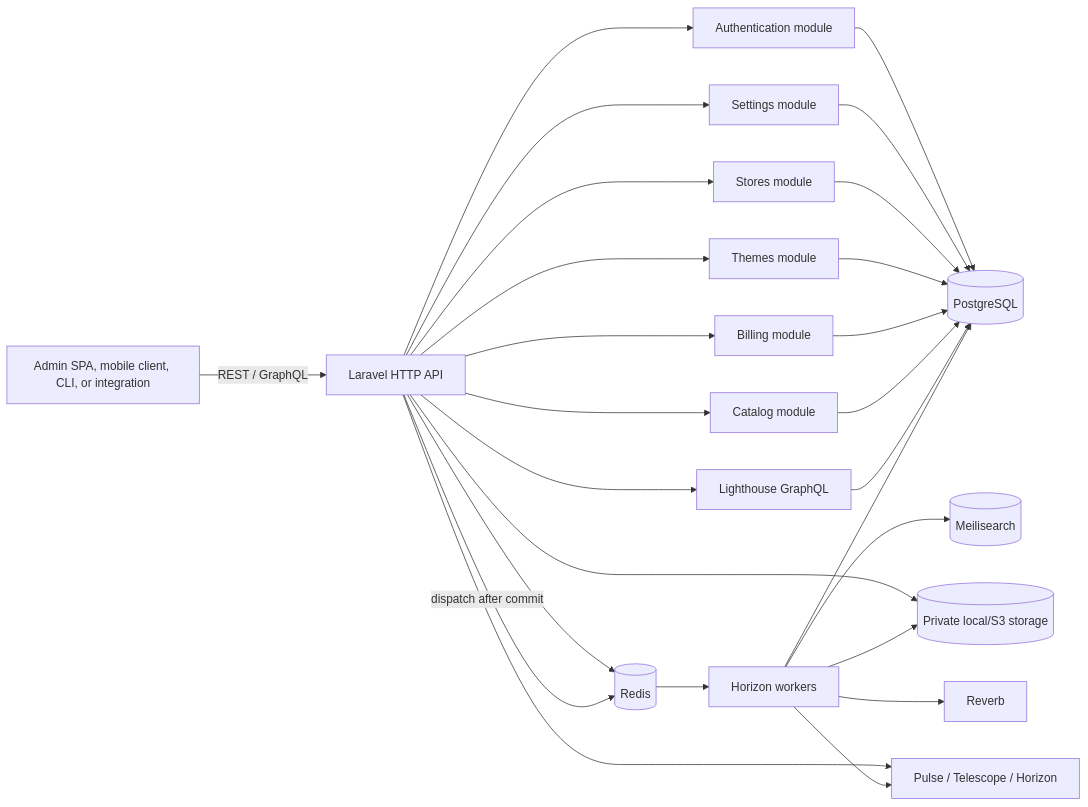
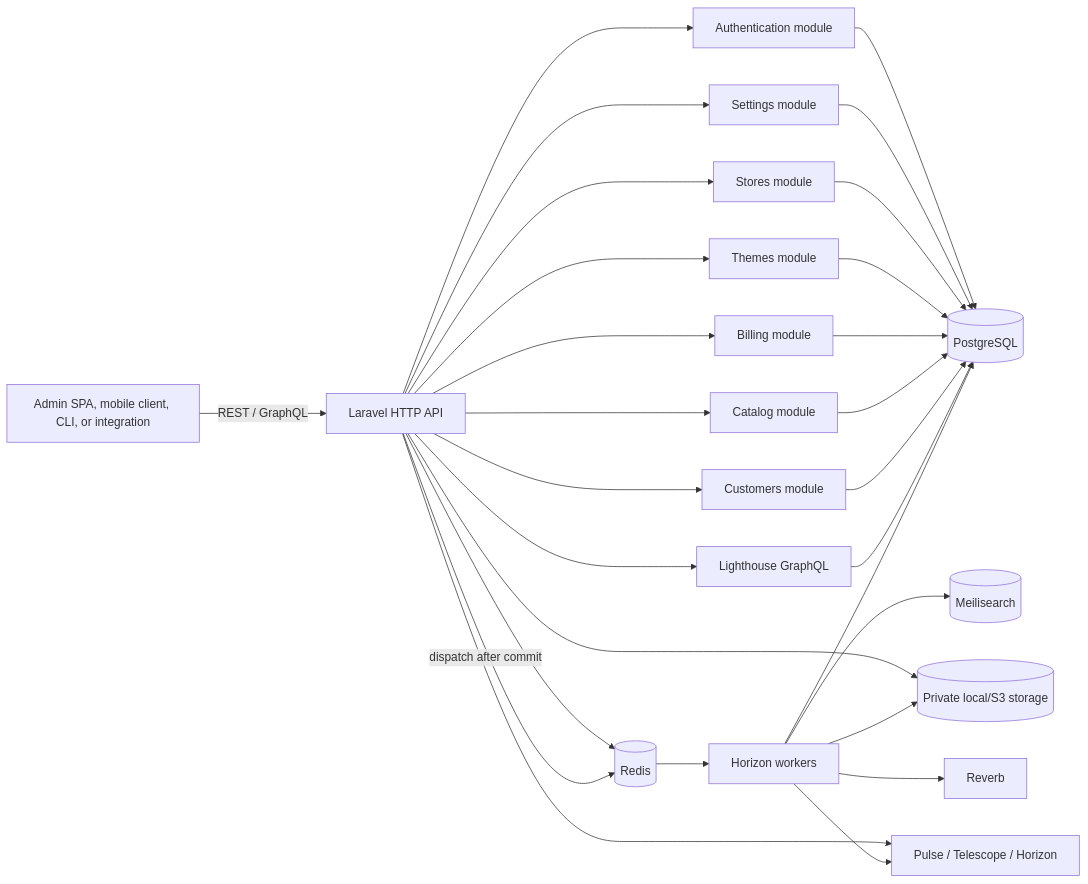
One commit to fzeeso/shopnxebk changed the first of 5 diagrams in docs/developer-guide.md. Above: the diagram before and after it, drawn with Mermaid. The commit also changed other lines of this file and 111 other files, not shown here.

````diff
--- a/docs/developer-guide.md
+++ b/docs/developer-guide.md
@@ -25,45 +25,48 @@
 ```mermaid
 flowchart LR
     Client["Admin SPA, mobile client, CLI, or integration"]
     HTTP["Laravel HTTP API"]
     Auth["Authentication module"]
     Settings["Settings module"]
     Store["Stores module"]
     Themes["Themes module"]
     Billing["Billing module"]
     Catalog["Catalog module"]
+    Customers["Customers module"]
     GraphQL["Lighthouse GraphQL"]
     DB[("PostgreSQL")]
     Redis[("Redis")]
     Search[("Meilisearch")]
     Files[("Private local/S3 storage")]
     Queue["Horizon workers"]
     Reverb["Reverb"]
     Ops["Pulse / Telescope / Horizon"]
 
     Client -->|"REST / GraphQL"| HTTP
     HTTP --> Auth
     HTTP --> Settings
     HTTP --> Store
     HTTP --> Themes
     HTTP --> Billing
     HTTP --> Catalog
+    HTTP --> Customers
     HTTP --> GraphQL
     Auth --> DB
     Settings --> DB
     Store --> DB
     Themes --> DB
     Billing --> DB
     Catalog --> DB
+    Customers --> DB
     GraphQL --> DB
     HTTP --> Redis
     HTTP --> Files
     HTTP -->|"dispatch after commit"| Redis
     Redis --> Queue
     Queue --> DB
     Queue --> Search
     Queue --> Files
     Queue --> Reverb
     HTTP --> Ops
     Queue --> Ops
 ```
````
